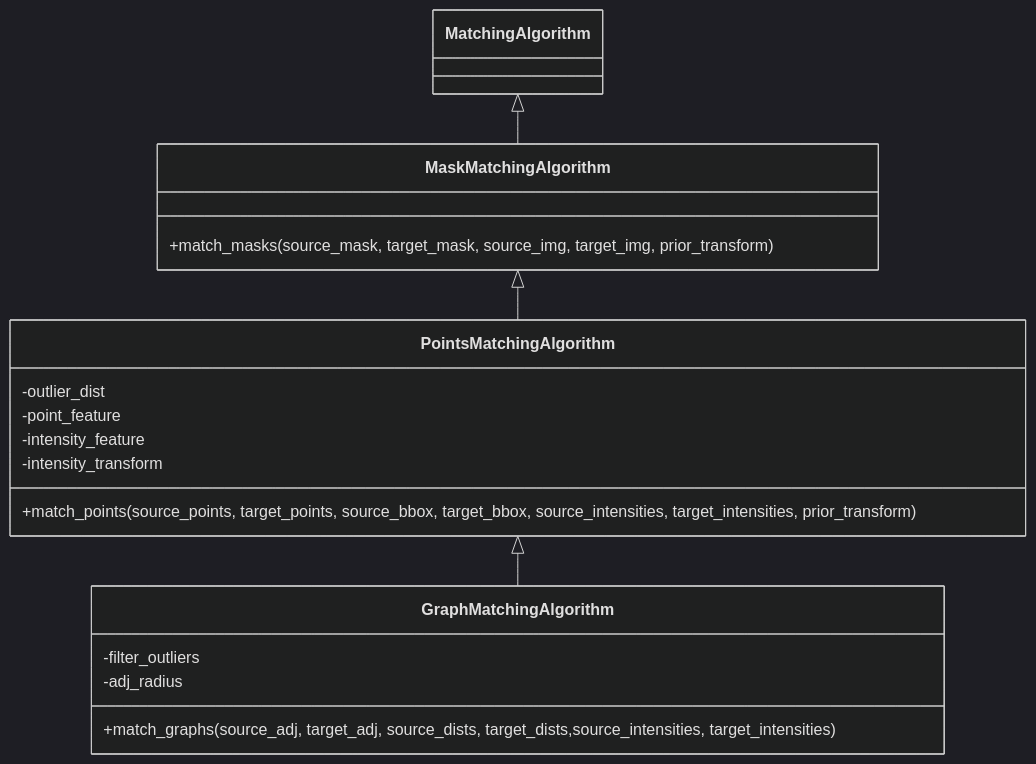
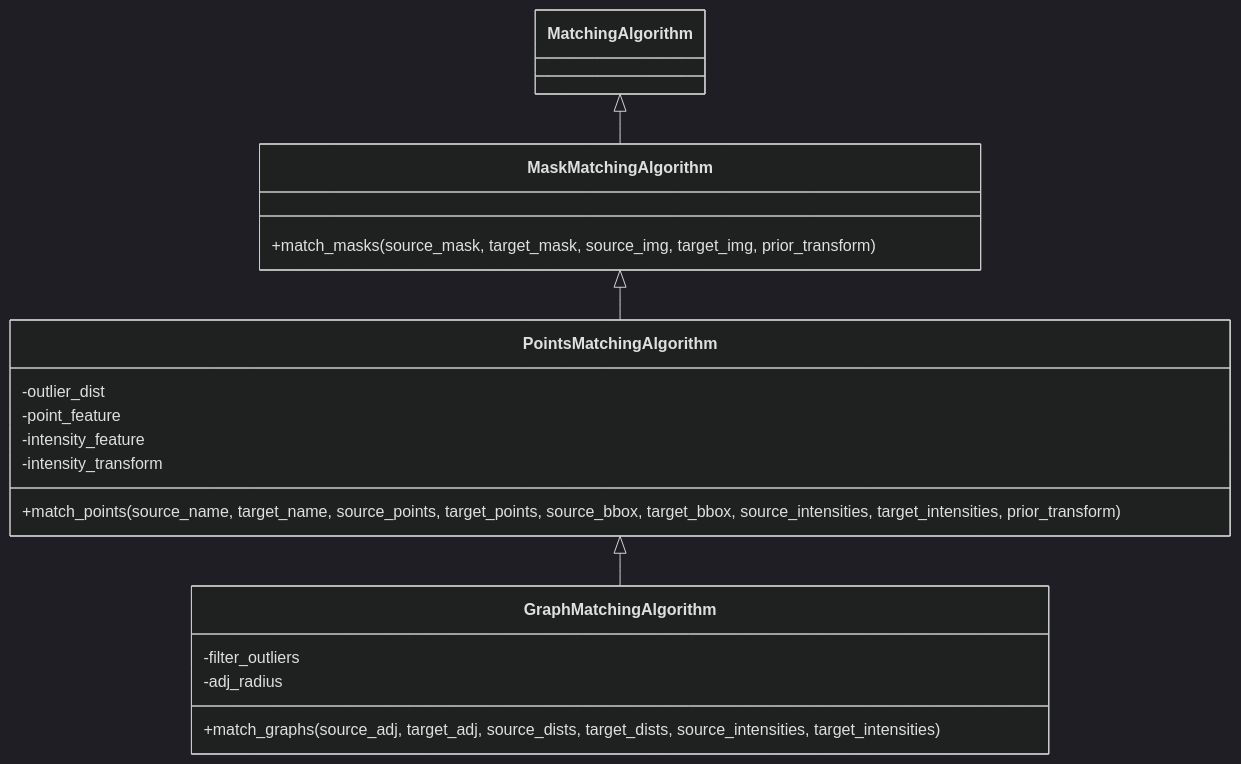
One commit to BodenmillerGroup/spellmatch changed the diagram in docs/algorithms/index.md. Above: the diagram before and after it, drawn with Mermaid (dark theme). The commit also changed 10 other files, not shown here.

````diff
--- a/docs/algorithms/index.md
+++ b/docs/algorithms/index.md
@@ -38,24 +38,24 @@
 ```mermaid
 classDiagram
     MatchingAlgorithm <|-- MaskMatchingAlgorithm
     MaskMatchingAlgorithm <|-- PointsMatchingAlgorithm
     PointsMatchingAlgorithm <|-- GraphMatchingAlgorithm
 
     class MaskMatchingAlgorithm{
         +match_masks(source_mask, target_mask, source_img, target_img, prior_transform)
     }
 
     class PointsMatchingAlgorithm{
         -outlier_dist
         -point_feature
         -intensity_feature
         -intensity_transform
-        +match_points(source_points, target_points, source_bbox, target_bbox, source_intensities, target_intensities, prior_transform)
+        +match_points(source_name, target_name, source_points, target_points, source_bbox, target_bbox, source_intensities, target_intensities, prior_transform)
     }
 
     class GraphMatchingAlgorithm{
         -filter_outliers
         -adj_radius
-        +match_graphs(source_adj, target_adj, source_dists, target_dists,source_intensities, target_intensities)
+        +match_graphs(source_adj, target_adj, source_dists, target_dists, source_intensities, target_intensities)
     }
 ```
````
